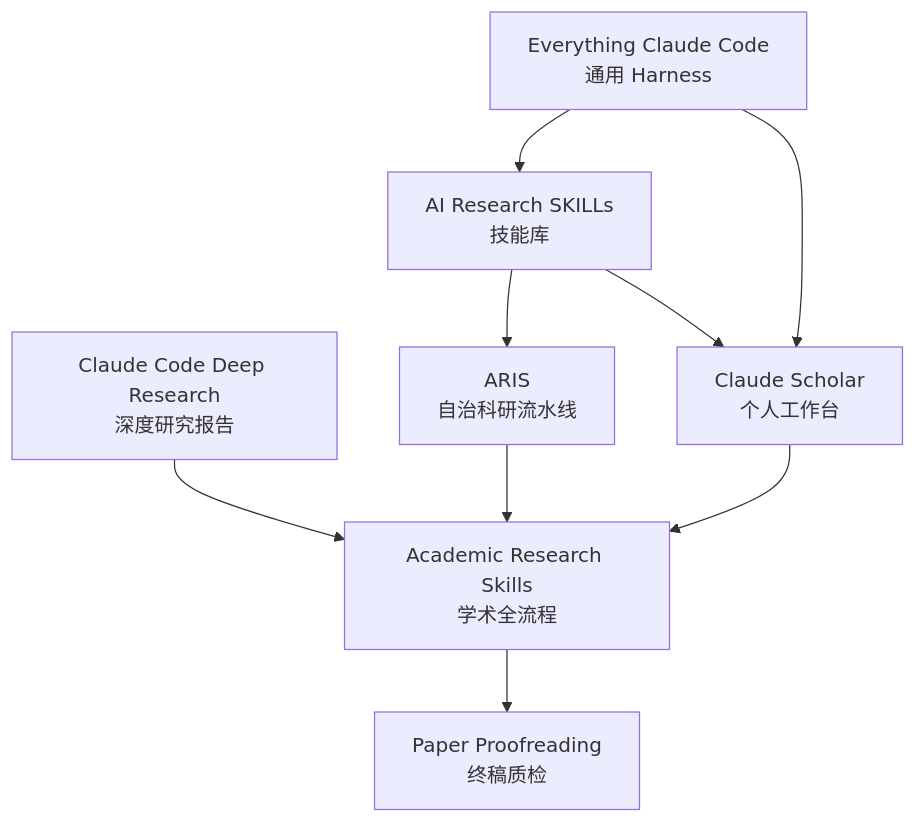
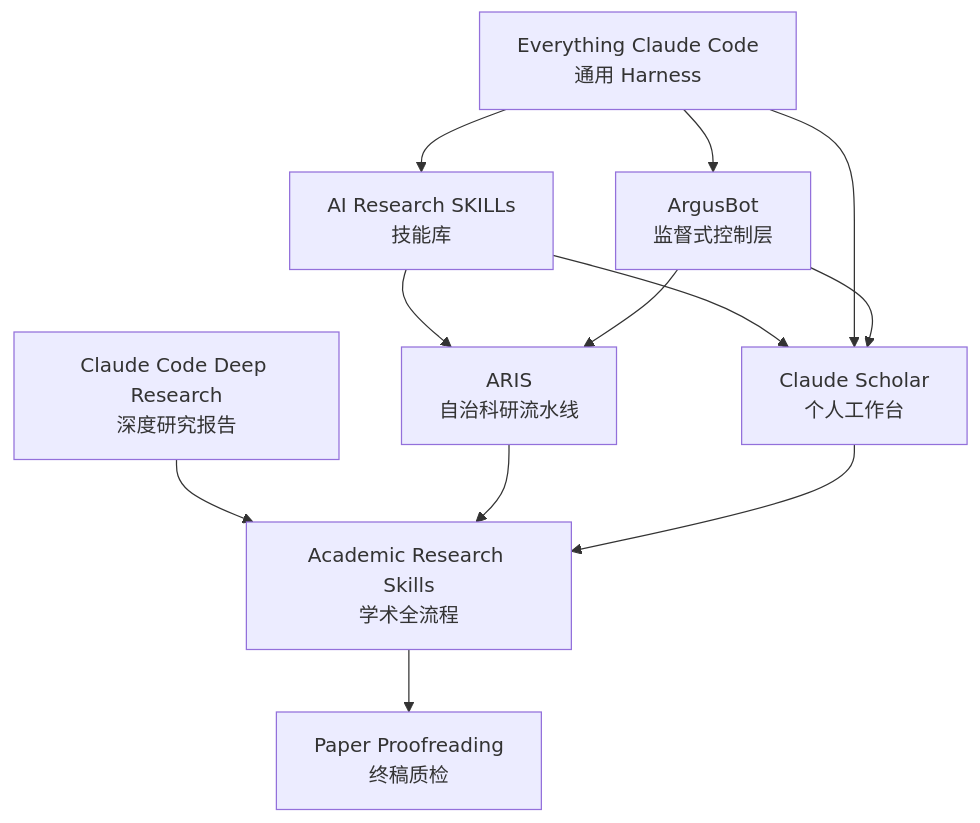
The first of 2 diagrams in docs/summary/academic-research-agents-overview.md (Kozmosa/scholar-agent), drawn with Mermaid before and after one commit. The commit also changed other lines of this file and 10 other files, not shown here.

Commit message:
docs: add ArgusBot survey and refresh report links

````diff
--- a/docs/summary/academic-research-agents-overview.md
+++ b/docs/summary/academic-research-agents-overview.md
@@ -29,19 +36,23 @@
 ```mermaid
 graph TD
     A[AI Research SKILLs<br/>技能库]
     B[ARIS<br/>自治科研流水线]
     C[Claude Code Deep Research<br/>深度研究报告]
     D[Academic Research Skills<br/>学术全流程]
-    E[Paper Proofreading<br/>终稿质检]
-    F[Claude Scholar<br/>个人工作台]
-    G[Everything Claude Code<br/>通用 Harness]
+    E[ArgusBot<br/>监督式控制层]
+    F[Paper Proofreading<br/>终稿质检]
+    G[Claude Scholar<br/>个人工作台]
+    H[Everything Claude Code<br/>通用 Harness]
 
     A --> B
-    A --> F
-    G --> F
+    A --> G
+    H --> G
     C --> D
     B --> D
-    D --> E
-    F --> D
-    G --> A
+    D --> F
+    G --> D
+    H --> A
+    E --> B
+    E --> G
+    H --> E
 ```
````
